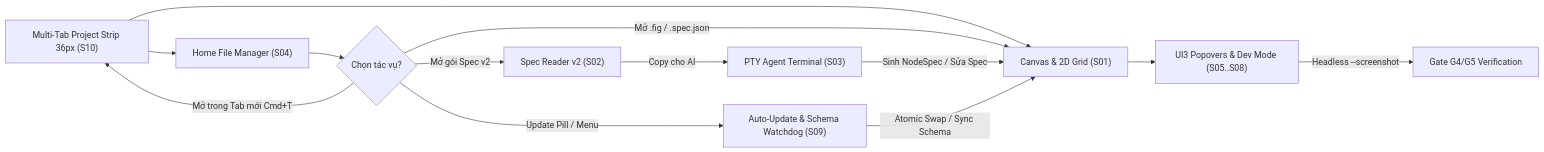
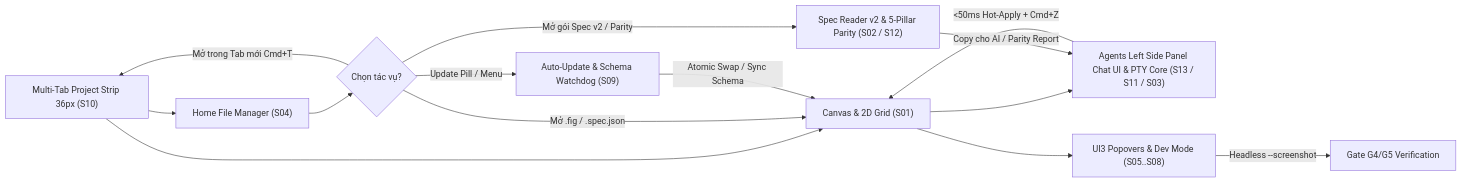
The diagram in plans/specs/designos-studio-v2/prd/PRD.md (NamAIEngineer/design-os-studio), drawn with Mermaid before and after one commit. The commit also changed other lines of this file and 197 other files, not shown here.

Commit message:
feat(studio): 100% 1:1 Figma UI3 & .fig parity (387/387), Phosphor Icons, Agentic PTY Chat UI, and cross-platform installers

````diff
--- a/plans/specs/designos-studio-v2/prd/PRD.md
+++ b/plans/specs/designos-studio-v2/prd/PRD.md
@@ -30,15 +30,16 @@
 ```mermaid
 flowchart LR
     T["Multi-Tab Project Strip 36px (S10)"] --> A["Home File Manager (S04)"]
     T --> C["Canvas & 2D Grid (S01)"]
+    C --> L["Agents Left Side Panel Chat UI & PTY Core (S13 / S11 / S03)"]
     A --> B{"Chọn tác vụ?"}
     B -->|Mở trong Tab mới Cmd+T| T
     B -->|Mở .fig / .spec.json| C
-    B -->|Mở gói Spec v2| D["Spec Reader v2 (S02)"]
+    B -->|Mở gói Spec v2 / Parity| D["Spec Reader v2 & 5-Pillar Parity (S02 / S12)"]
     B -->|Update Pill / Menu| H["Auto-Update & Schema Watchdog (S09)"]
     C --> E["UI3 Popovers & Dev Mode (S05..S08)"]
-    D -->|Copy cho AI| F["PTY Agent Terminal (S03)"]
-    F -->|Sinh NodeSpec / Sửa Spec| C
+    D -->|Copy cho AI / Parity Report| L
+    L -->|<50ms Hot-Apply + Cmd+Z| C
     H -->|Atomic Swap / Sync Schema| C
     E -->|Headless --screenshot| G["Gate G4/G5 Verification"]
 ```
````
